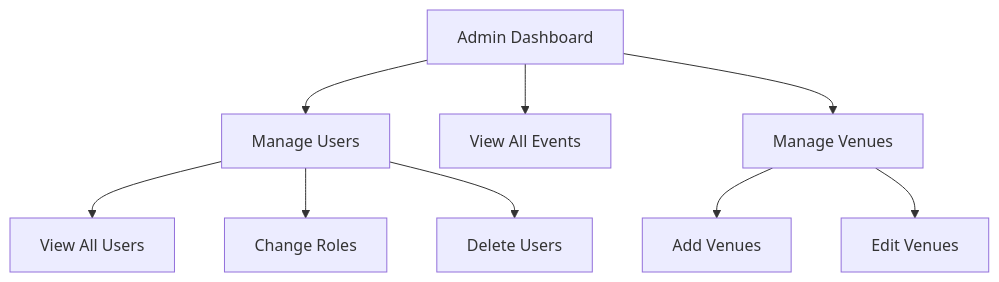
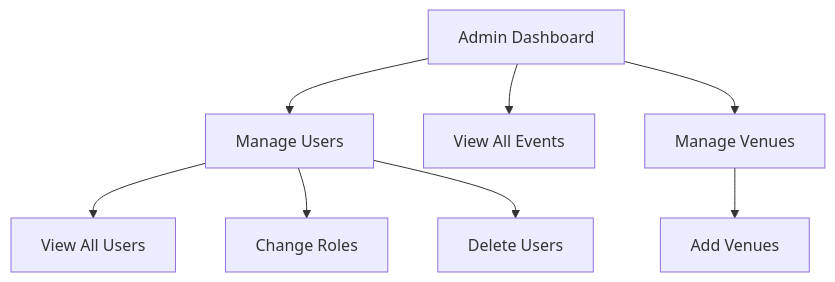
One commit to aiyan-shamshad/EventZen changed the fourth of 5 diagrams in docs/UserFlow.md. Above: the diagram before and after it, drawn with Mermaid. The commit also changed 5 other files, not shown here.

Commit message:
Add comprehensive API endpoints, ER diagram, features, and user flow documentation.

````diff
--- a/docs/UserFlow.md
+++ b/docs/UserFlow.md
@@ -72,13 +72,12 @@
 ```mermaid
 flowchart TD
     A[Admin Dashboard] --> B[Manage Users]
     A --> C[View All Events]
     A --> D[Manage Venues]
 
     B --> B1[View All Users]
     B --> B2[Change Roles]
     B --> B3[Delete Users]
 
     D --> D1[Add Venues]
-    D --> D2[Edit Venues]
 ```
````
